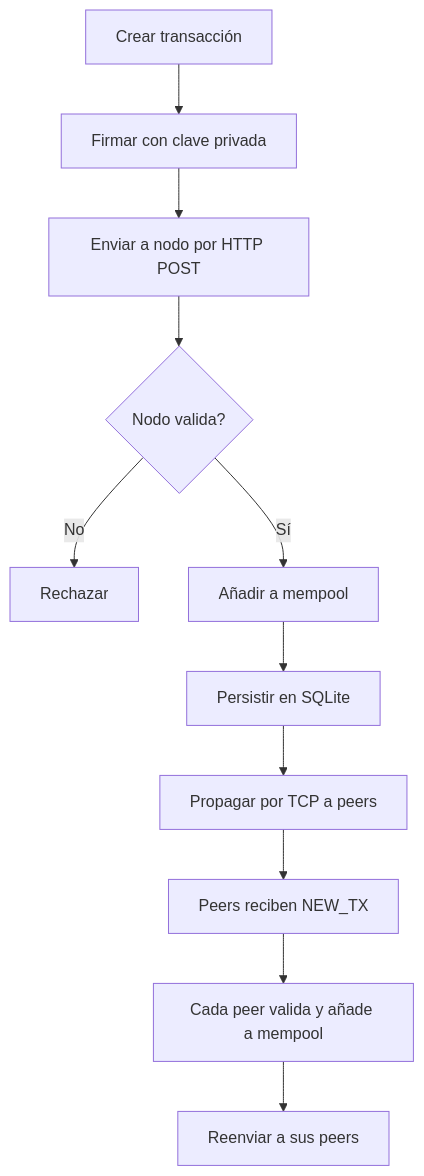
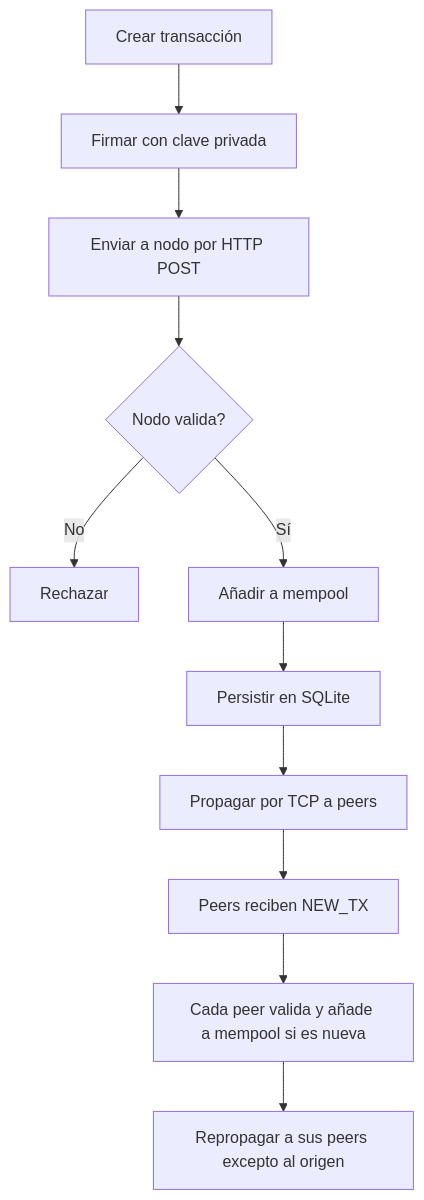
The diagram in diagramas/flujo/flujo-transaccion.mmd (Ignacio687/final_computacion_II), drawn with Mermaid before and after one commit. The commit also changed 61 other files, not shown here.

```diff
--- a/diagramas/flujo/flujo-transaccion.mmd
+++ b/diagramas/flujo/flujo-transaccion.mmd
@@ -1,11 +1,11 @@
 flowchart TD
   A[Crear transacción] --> B[Firmar con clave privada]
   B --> C[Enviar a nodo por HTTP POST]
   C --> D{Nodo valida?}
   D -->|No| E[Rechazar]
   D -->|Sí| F[Añadir a mempool]
   F --> G[Persistir en SQLite]
   G --> H[Propagar por TCP a peers]
   H --> I[Peers reciben NEW_TX]
-  I --> J[Cada peer valida y añade a mempool]
-  J --> K[Reenviar a sus peers]
+  I --> J[Cada peer valida y añade a mempool si es nueva]
+  J --> K[Repropagar a sus peers excepto al origen]
```
